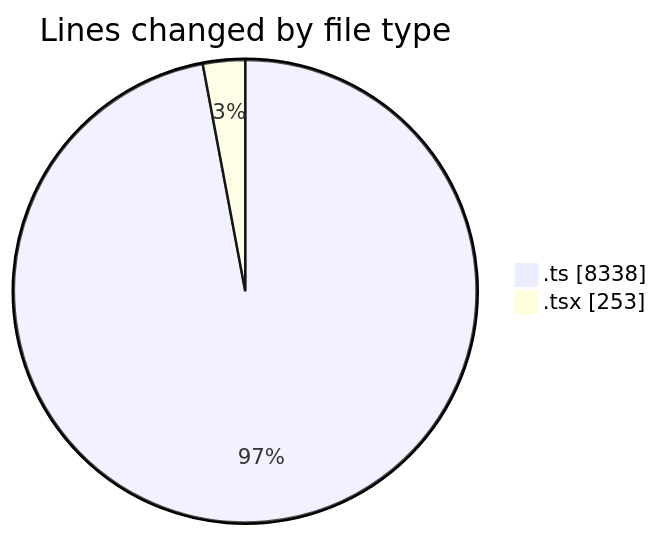
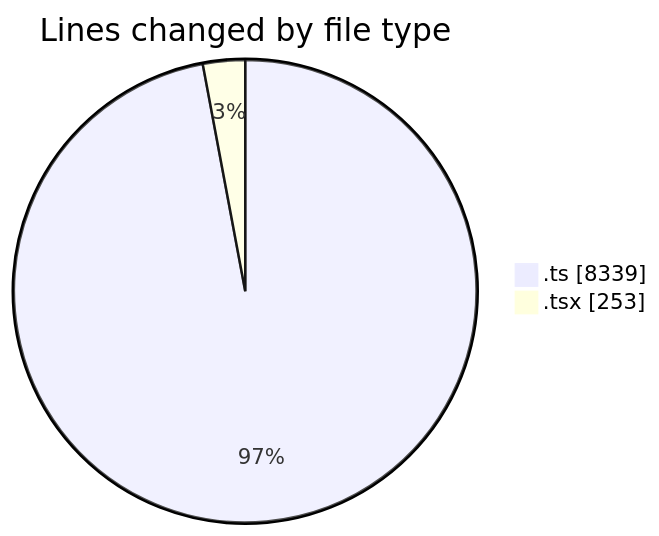
One commit to momahboobian/code-tracking changed the first of 2 diagrams in 2025-07-14/cda/README.md. Above: the diagram before and after it, drawn with Mermaid. The commit also changed other lines of this file and 1 other file, not shown here.

````diff
--- a/2025-07-14/cda/README.md
+++ b/2025-07-14/cda/README.md
@@ -24,6 +24,6 @@
 ```mermaid
 pie showData
 title Lines changed by file type
-".ts" : 8338
+".ts" : 8339
 ".tsx" : 253
 ```
````
